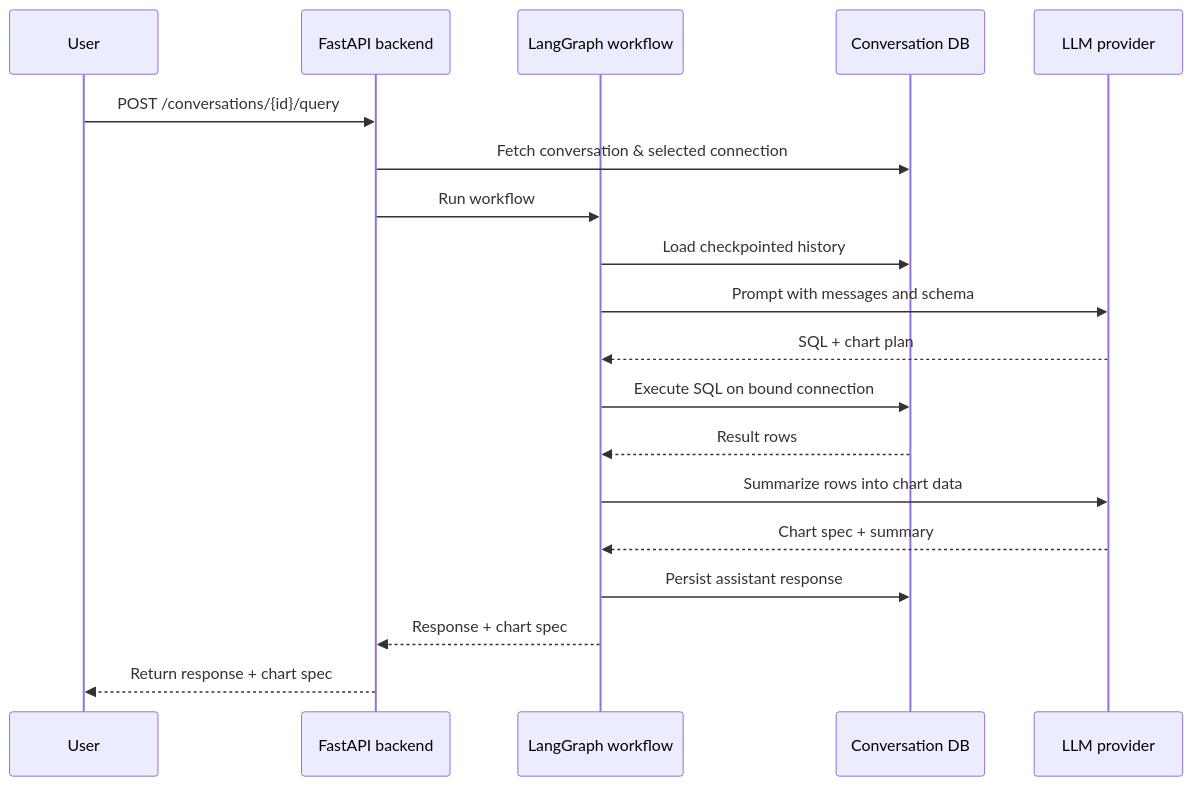
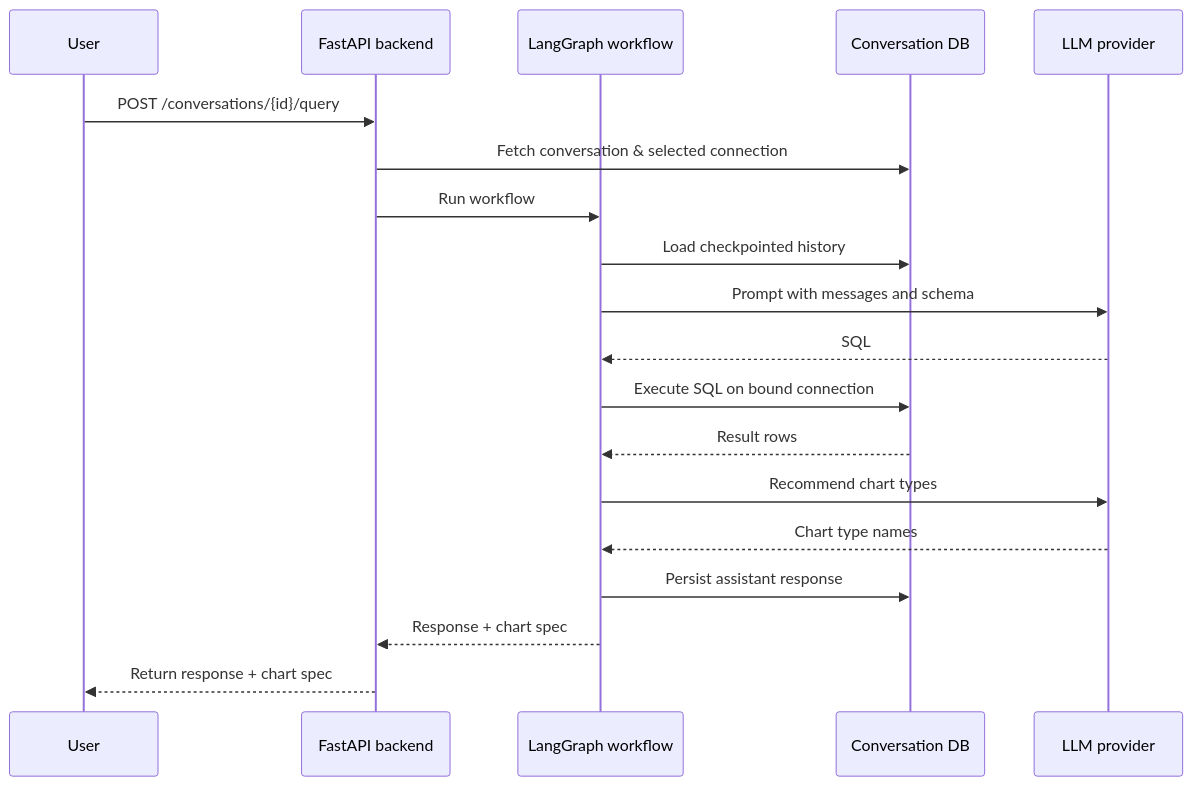
One commit to benjyongzh/llm-data-analyst changed the second of 4 diagrams in README.md. Above: the diagram before and after it, drawn with Mermaid. The commit also changed other lines of this file and 2 other files, not shown here.

Commit message:
refactor: simplify chart selection

````diff
--- a/README.md
+++ b/README.md
@@ -163,22 +163,22 @@
 ```mermaid
 sequenceDiagram
     participant U as User
     participant API as FastAPI backend
     participant WF as LangGraph workflow
     participant DB as Conversation DB
     participant LLM as LLM provider
 
     U->>API: POST /conversations/{id}/query
     API->>DB: Fetch conversation & selected connection
     API->>WF: Run workflow
     WF->>DB: Load checkpointed history
     WF->>LLM: Prompt with messages and schema
-    LLM-->>WF: SQL + chart plan
+    LLM-->>WF: SQL
     WF->>DB: Execute SQL on bound connection
     DB-->>WF: Result rows
-    WF->>LLM: Summarize rows into chart data
-    LLM-->>WF: Chart spec + summary
+    WF->>LLM: Recommend chart types
+    LLM-->>WF: Chart type names
     WF->>DB: Persist assistant response
     WF-->>API: Response + chart spec
     API-->>U: Return response + chart spec
 ```
````
